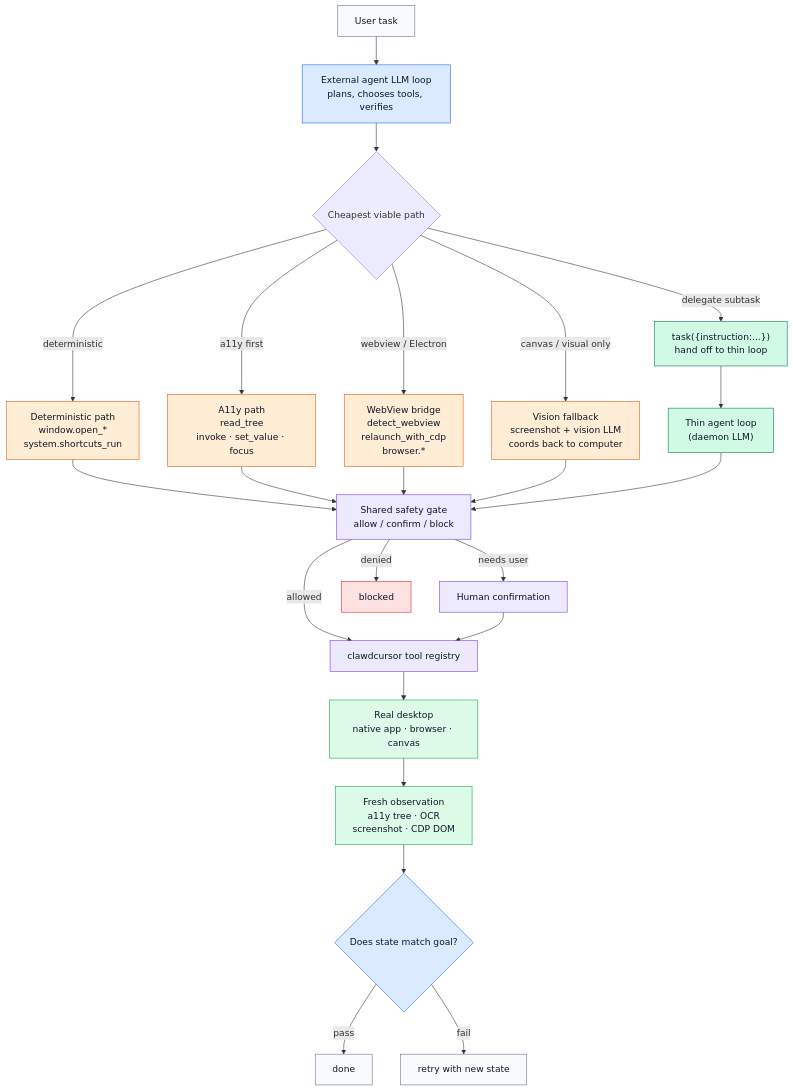
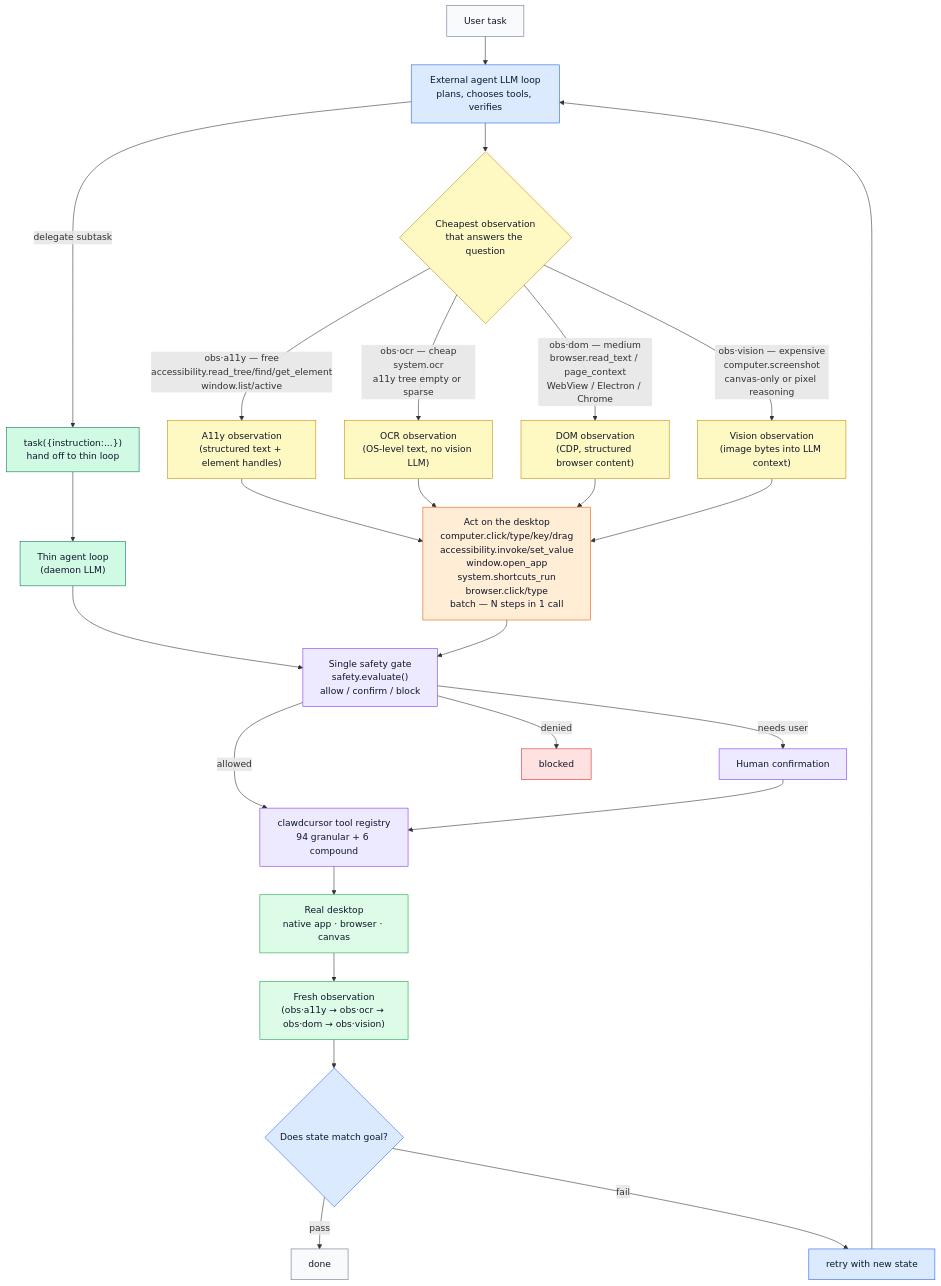
Before and after one commit to AmrDab/clawd-cursor: the diagram in README.md, drawn with Mermaid. The commit also changed other lines of this file and 2 other files, not shown here.

Commit message:
docs: refresh README + trim SKILL for v1.0.0; clean stale prompt comments
README:
- accuracy pass — remove pipeline-era vestiges (Hybrid mode label, wrong tool
  names get_accessibility_tree/ocr_screen → read_screen/ocr_read_screen)
- NEW "Observe vs Act" table (derived from cost-class.ts + the logger badges):
  obs·a11y / obs·ocr / obs·dom / obs·vision vs act, with the cheap-first rule
- mermaid diagram rewritten to the toolbox-first observe→act loop (no
  router/blind/hybrid/vision nodes); adds the missing retry→loop edge

SKILL.md (focus trim, 583→~505 lines — dedup/condense/de-stale only, no unique
guidance lost): collapsed duplicated fallback boxes, tightened task-vs-compound
+ playbook, dropped stale v0.8 version refs + deprecation-alias line. Reworked
"Reporting a problem" to be simple (folds in PR #144) BUT keeps `clawdcursor
report` (which redacts sensitive data) + a don't-leak-private-content caution.

prompt.ts: header comments no longer describe the removed blind/hybrid/vision
modes or the removed knowledge loader — it's the accessibility-first thin loop.

Gate green: typecheck + typecheck:tests + lint + schema(94) + 722 tests.

````diff
--- a/README.md
+++ b/README.md
@@ -191,45 +191,51 @@
 ```mermaid
 flowchart TB
     task["User task"] --> loop["External agent LLM loop<br/>plans, chooses tools, verifies"]
-    loop --> route{"Cheapest viable path"}
+    loop --> observe{"Cheapest observation<br/>that answers the question"}
 
-    route -- deterministic --> shortcut["Deterministic path<br/>window.open_*<br/>system.shortcuts_run"]
-    route -- a11y first --> a11y["A11y path<br/>read_tree<br/>invoke · set_value · focus"]
-    route -- webview / Electron --> webview["WebView bridge<br/>detect_webview<br/>relaunch_with_cdp<br/>browser.*"]
-    route -- canvas / visual only --> vision["Vision fallback<br/>screenshot + vision LLM<br/>coords back to computer"]
-    route -- delegate subtask --> handoff["task({instruction:...})<br/>hand off to thin loop"]
+    observe -- "obs·a11y — free<br/>accessibility.read_tree/find/get_element<br/>window.list/active" --> a11y["A11y observation<br/>(structured text + element handles)"]
+    observe -- "obs·ocr — cheap<br/>system.ocr<br/>a11y tree empty or sparse" --> ocr["OCR observation<br/>(OS-level text, no vision LLM)"]
+    observe -- "obs·dom — medium<br/>browser.read_text / page_context<br/>WebView / Electron / Chrome" --> dom["DOM observation<br/>(CDP, structured browser content)"]
+    observe -- "obs·vision — expensive<br/>computer.screenshot<br/>canvas-only or pixel reasoning" --> vision["Vision observation<br/>(image bytes into LLM context)"]
 
-    shortcut --> safety
-    a11y --> safety
-    webview --> safety
-    vision --> safety
-    handoff --> p1["Thin agent loop<br/>(daemon LLM)"]
-    p1 --> safety
+    a11y --> act
+    ocr --> act
+    dom --> act
+    vision --> act
 
-    safety["Shared safety gate<br/>allow / confirm / block"] -- allowed --> tools["clawdcursor tool registry"]
+    loop -- "delegate subtask" --> handoff["task({instruction:...})<br/>hand off to thin loop"]
+    handoff --> thinloop["Thin agent loop<br/>(daemon LLM)"]
+    thinloop --> safety
+
+    act["Act on the desktop<br/>computer.click/type/key/drag<br/>accessibility.invoke/set_value<br/>window.open_app<br/>system.shortcuts_run<br/>browser.click/type<br/>batch — N steps in 1 call"] --> safety
+
+    safety["Single safety gate<br/>safety.evaluate()<br/>allow / confirm / block"] -- allowed --> tools["clawdcursor tool registry<br/>94 granular + 6 compound"]
     safety -- needs user --> confirm["Human confirmation"] --> tools
     safety -- denied --> blocked["blocked"]
 
     tools --> desktop["Real desktop<br/>native app · browser · canvas"]
-    desktop --> observe["Fresh observation<br/>a11y tree · OCR<br/>screenshot · CDP DOM"]
-    observe --> verify{"Does state match goal?"}
+    desktop --> freshobs["Fresh observation<br/>(obs·a11y → obs·ocr → obs·dom → obs·vision)"]
+    freshobs --> verify{"Does state match goal?"}
 
     verify -- pass --> done["done"]
     verify -- fail --> retry["retry with new state"]
+    retry --> loop
 
     classDef input fill:#f8fafc,stroke:#64748b,color:#0f172a;
     classDef agentNode fill:#dbeafe,stroke:#2563eb,color:#0f172a;
     classDef gate fill:#ede9fe,stroke:#7c3aed,color:#0f172a;
     classDef desktopNode fill:#dcfce7,stroke:#16a34a,color:#0f172a;
-    classDef expensive fill:#ffedd5,stroke:#ea580c,color:#0f172a;
+    classDef obsNode fill:#fef9c3,stroke:#ca8a04,color:#0f172a;
+    classDef actNode fill:#ffedd5,stroke:#ea580c,color:#0f172a;
     classDef handoffNode fill:#d1fae5,stroke:#047857,color:#0f172a;
     classDef stop fill:#fee2e2,stroke:#dc2626,color:#0f172a;
 
-    class task,done,retry input;
-    class loop,verify agentNode;
+    class task,done input;
+    class loop,verify,retry agentNode;
     class safety,confirm,tools gate;
-    class desktop,observe desktopNode;
-    class shortcut,a11y,webview,vision expensive;
-    class handoff,p1 handoffNode;
+    class desktop,freshobs desktopNode;
+    class observe,a11y,ocr,dom,vision obsNode;
+    class act actNode;
+    class handoff,thinloop handoffNode;
     class blocked stop;
 ```
````
